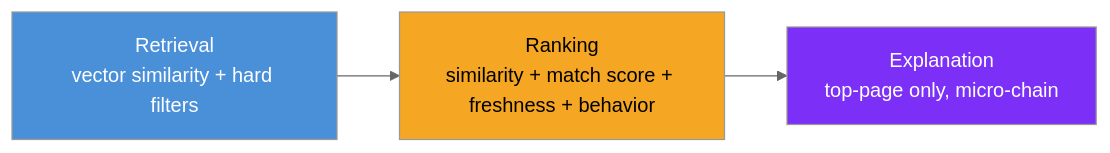
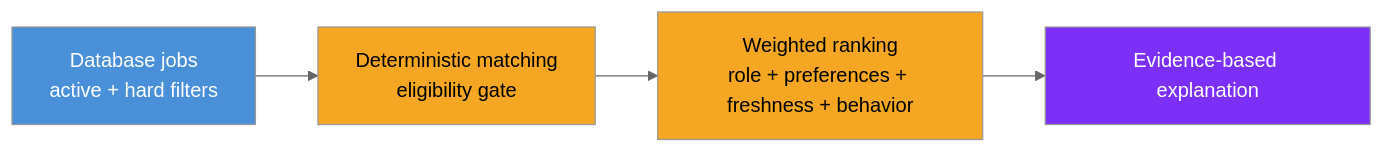
The second of 3 diagrams in README.md (Team-2-Skill-Project/AI), drawn with Mermaid (neutral theme) before and after one commit. The commit also changed other lines of this file and 59 other files, not shown here.

````diff
--- a/README.md
+++ b/README.md
@@ -217,8 +217,10 @@
 ```mermaid
 flowchart LR
-    R["Retrieval<br/>vector similarity + hard filters"] --> K["Ranking<br/>similarity + match score + freshness + behavior"]
-    K --> X["Explanation<br/>top-page only, micro-chain"]
+    R["Database jobs<br/>active + hard filters"] --> M["Deterministic matching<br/>eligibility gate"]
+    M --> K["Weighted ranking<br/>role + preferences + freshness + behavior"]
+    K --> X["Evidence-based explanation"]
     style R fill:#4A90D9,color:#fff
+    style M fill:#F5A623,color:#000
     style K fill:#F5A623,color:#000
     style X fill:#7B2FF7,color:#fff
 ```
````
